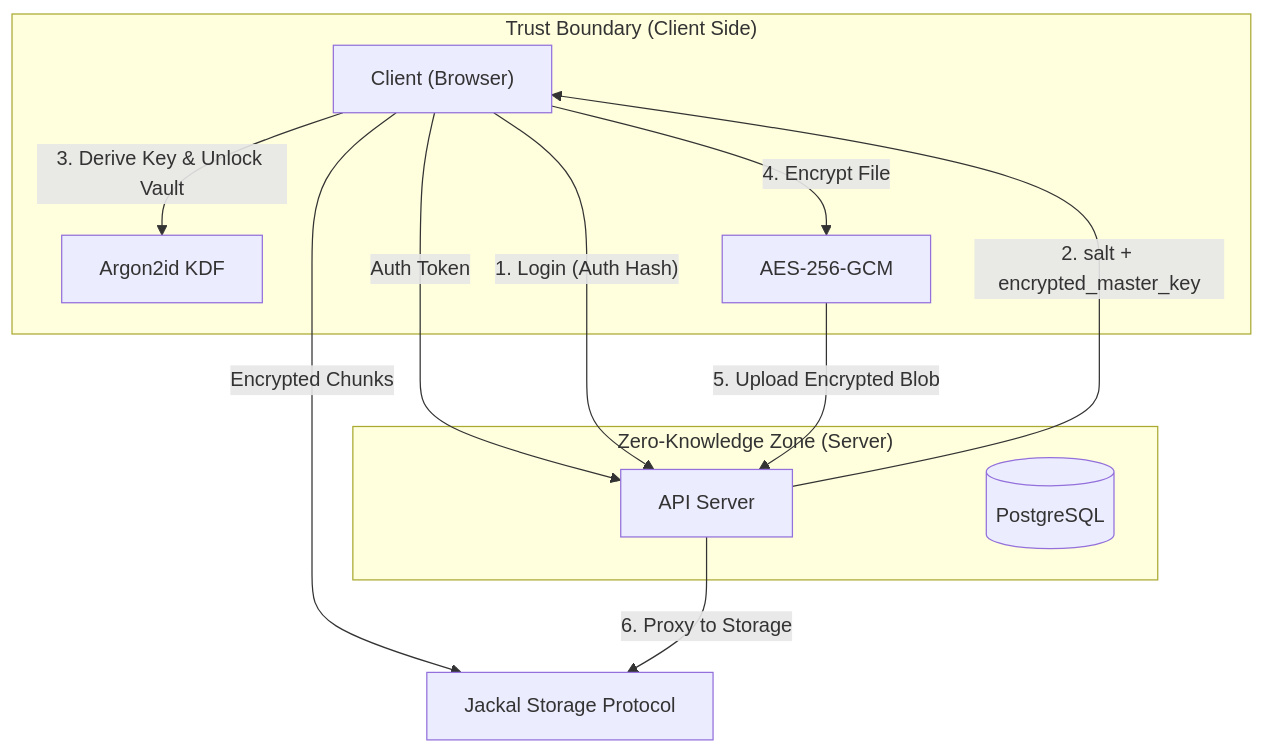
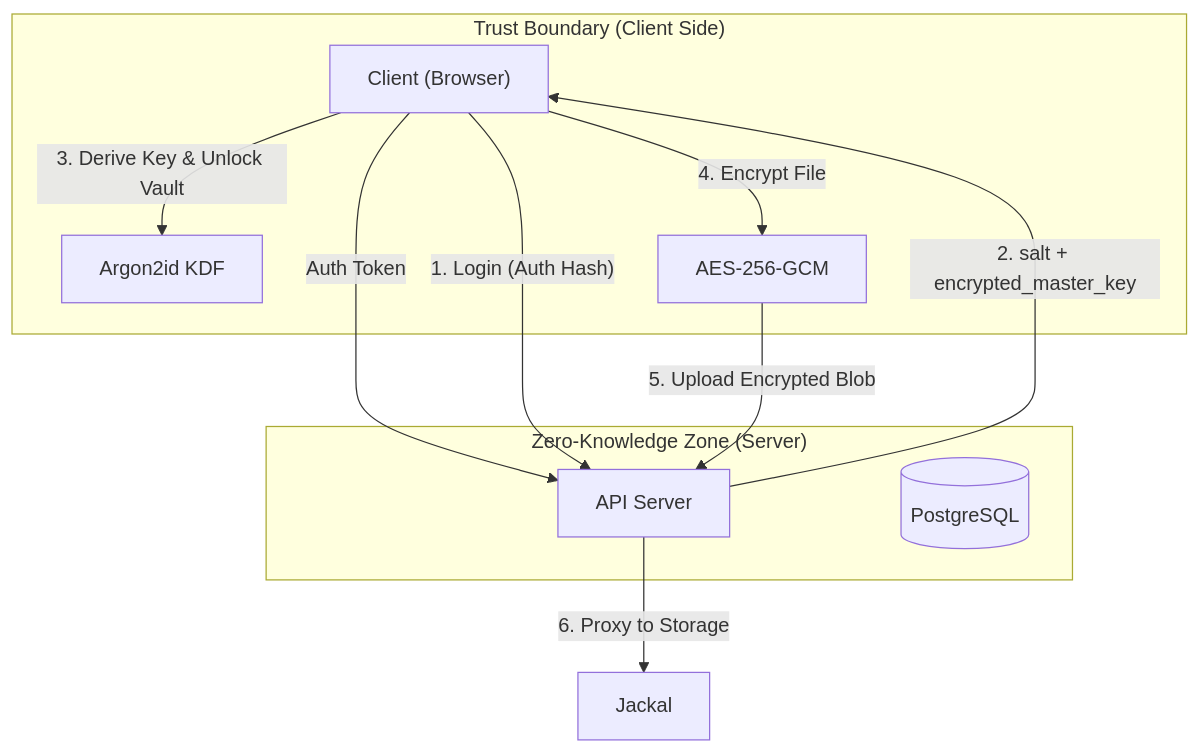
The diagram in README.md (jtoba66/Lazybird-Nest), drawn with Mermaid before and after one commit.

Commit message:
Docs: Correction in architecture data flow

````diff
--- a/README.md
+++ b/README.md
@@ -19,23 +19,22 @@
 ```mermaid
 graph TD
     Client["Client (Browser)"] -->|Auth Token| Server[API Server]
-    Client -->|Encrypted Chunks| Jackal[Jackal Storage Protocol]
     
     subgraph "Trust Boundary (Client Side)"
         Client
         KeyDerivation[Argon2id KDF]
         Encryption[AES-256-GCM]
     end
 
     subgraph "Zero-Knowledge Zone (Server)"
         Server
         DB[(PostgreSQL)]
     end
 
     Client -- "1. Login (Auth Hash)" --> Server
     Server -- "2. salt + encrypted_master_key" --> Client
     Client -- "3. Derive Key & Unlock Vault" --> KeyDerivation
     Client -- "4. Encrypt File" --> Encryption
     Encryption -- "5. Upload Encrypted Blob" --> Server
     Server -- "6. Proxy to Storage" --> Jackal
 ```
````
